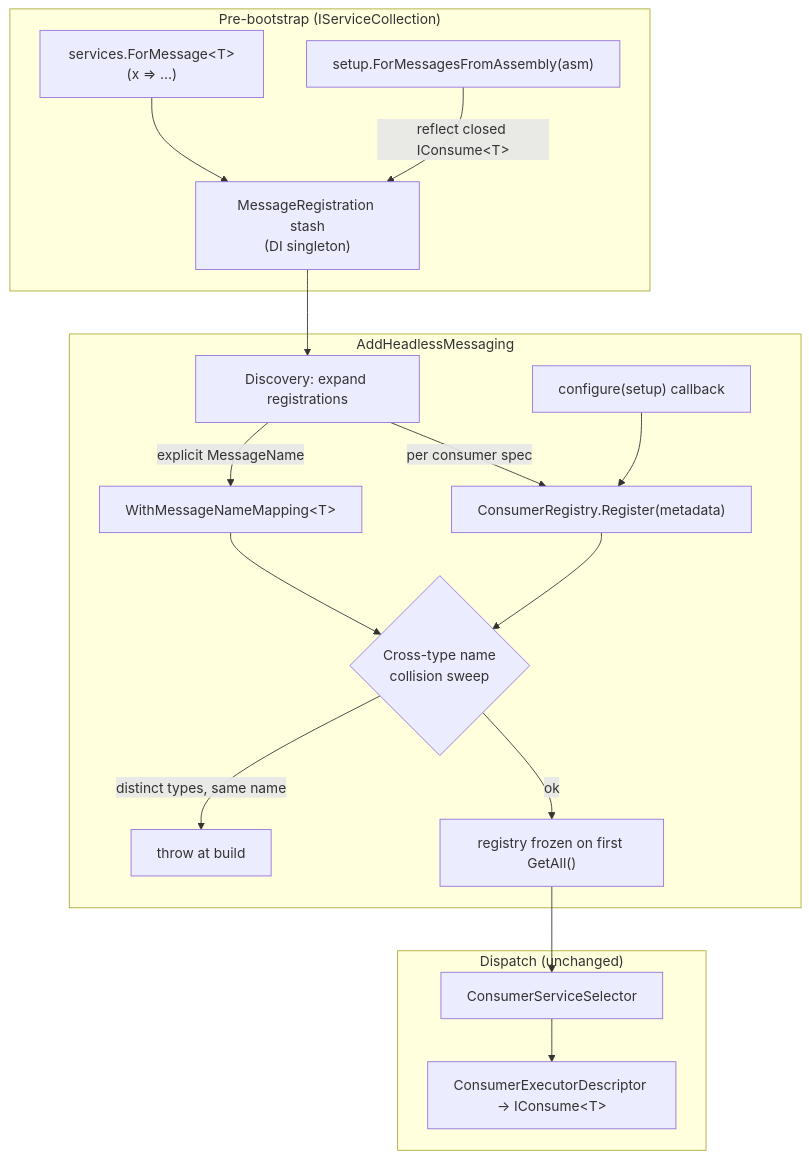
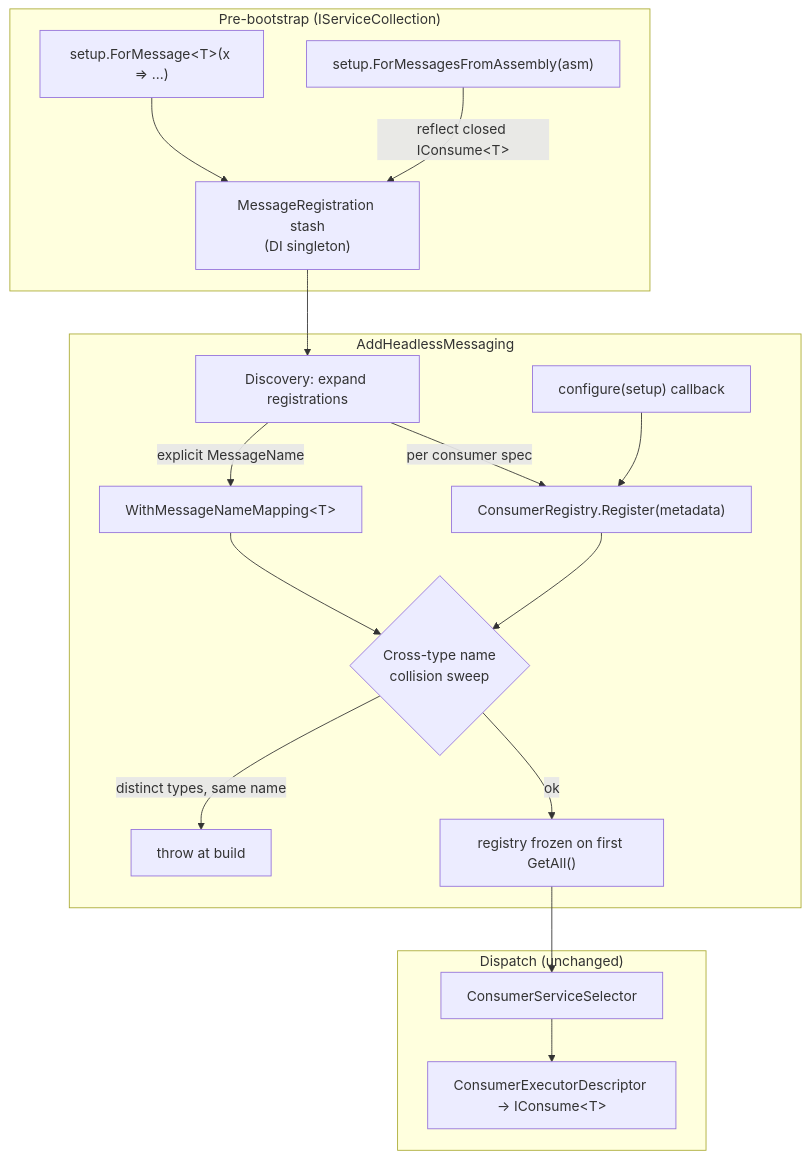
The first of 2 diagrams in docs/plans/2026-06-01-001-feat-formessage-registration-api-plan.md (xshaheen/headless-framework), drawn with Mermaid before and after one commit. The commit also changed other lines of this file and 35 other files, not shown here.

Commit message:
fix(messaging): move ForMessage onto setup builder

````diff
--- a/docs/plans/2026-06-01-001-feat-formessage-registration-api-plan.md
+++ b/docs/plans/2026-06-01-001-feat-formessage-registration-api-plan.md
@@ -207,21 +207,21 @@
 ```mermaid
 flowchart TB
   subgraph pre["Pre-bootstrap (IServiceCollection)"]
-    FM["services.ForMessage&lt;T&gt;(x =&gt; ...)"] --> STASH["MessageRegistration stash<br/>(DI singleton)"]
+    FM["setup.ForMessage&lt;T&gt;(x =&gt; ...)"] --> STASH["MessageRegistration stash<br/>(DI singleton)"]
     FMA["setup.ForMessagesFromAssembly(asm)"] -->|reflect closed IConsume&lt;T&gt;| STASH
   end
   subgraph boot["AddHeadlessMessaging"]
     STASH --> DISC["Discovery: expand registrations"]
     DISC -->|explicit MessageName| MAP["WithMessageNameMapping&lt;T&gt;"]
     DISC -->|per consumer spec| REG["ConsumerRegistry.Register(metadata)"]
     CFG["configure(setup) callback"] --> REG
     REG --> SWEEP{"Cross-type name<br/>collision sweep"}
     MAP --> SWEEP
     SWEEP -->|distinct types, same name| THROW["throw at build"]
     SWEEP -->|ok| FREEZE["registry frozen on first GetAll()"]
   end
   subgraph run["Dispatch (unchanged)"]
     FREEZE --> SEL["ConsumerServiceSelector"]
     SEL --> EXEC["ConsumerExecutorDescriptor → IConsume&lt;T&gt;"]
   end
 ```
````
